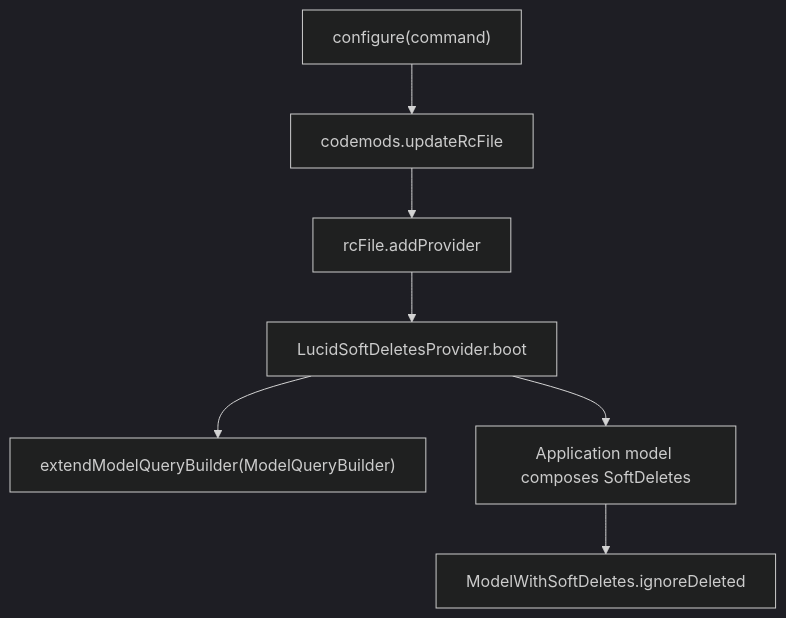
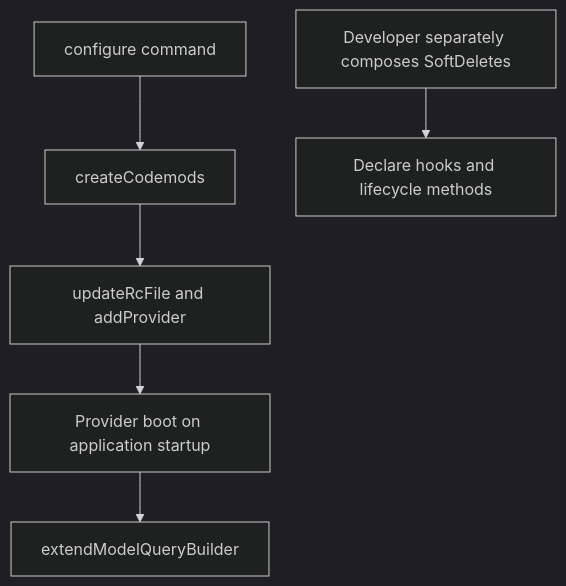
The second of 2 diagrams in user-stories/configure-package/us-dev-01-configure-package.md (Kevinjohn/oss-adonisjs-lucid-soft-delete), drawn with Mermaid (dark theme) before and after one commit. The commit also changed 26 other files, not shown here.

````diff
--- a/user-stories/configure-package/us-dev-01-configure-package.md
+++ b/user-stories/configure-package/us-dev-01-configure-package.md
@@ -33,9 +33,5 @@
 ```mermaid
 flowchart TD
-    A["configure(command)"] --> B["codemods.updateRcFile"]
-    B --> C["rcFile.addProvider"]
-    C --> D["LucidSoftDeletesProvider.boot"]
-    D --> E["extendModelQueryBuilder(ModelQueryBuilder)"]
-    D --> F["Application model composes SoftDeletes"]
-    F --> G["ModelWithSoftDeletes.ignoreDeleted"]
+    A["configure command"] --> B["createCodemods"] --> C["updateRcFile and addProvider"] --> D["Provider boot on application startup"] --> E["extendModelQueryBuilder"]
+    F["Developer separately composes SoftDeletes"] --> G["Declare hooks and lifecycle methods"]
 ```
````
